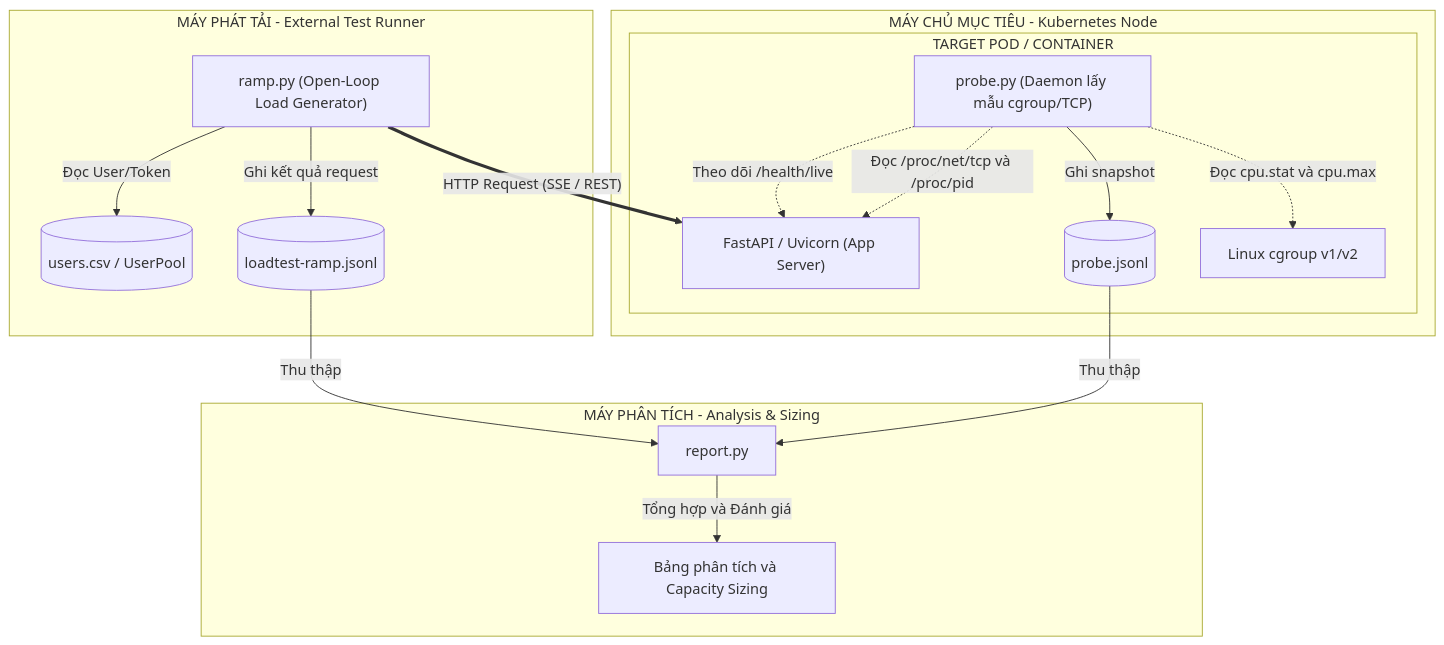
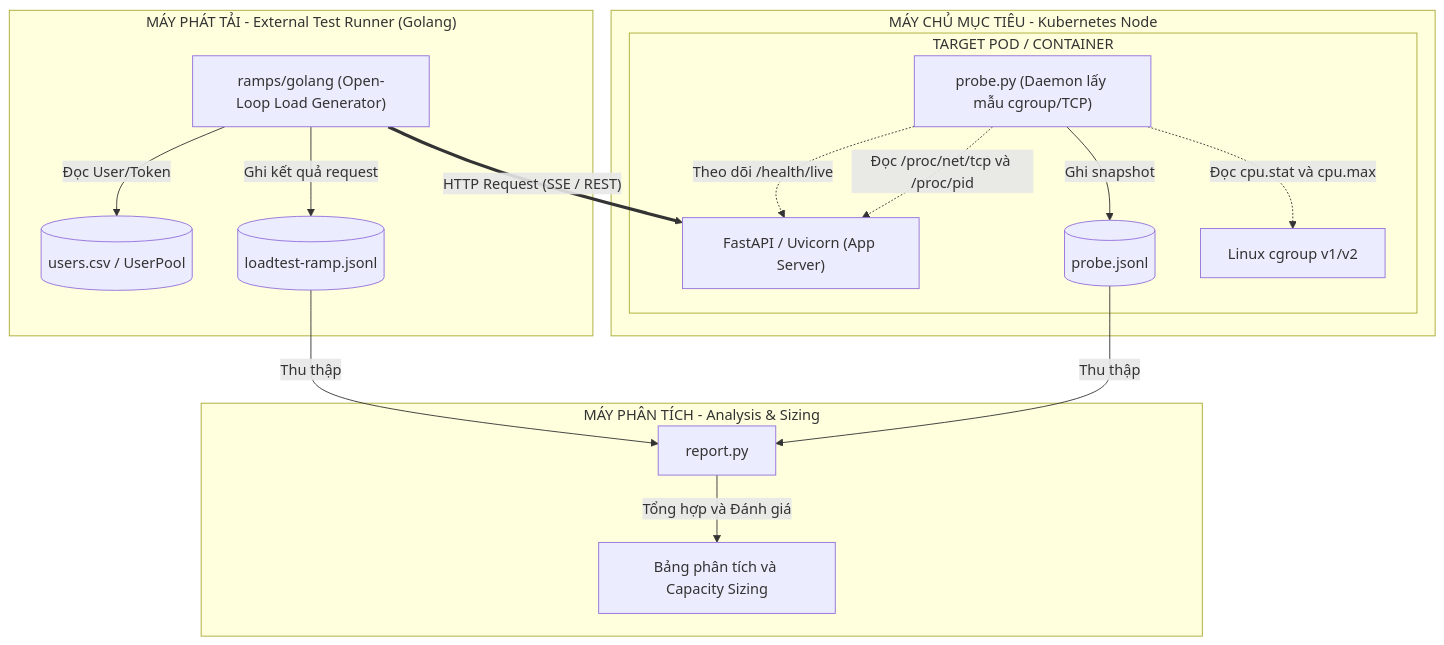
The first of 2 diagrams in README.md (duyhustvn/capsizer), drawn with Mermaid before and after one commit. The commit also changed other lines of this file and 12 other files, not shown here.

````diff
--- a/README.md
+++ b/README.md
@@ -37,33 +37,33 @@
 ```mermaid
 flowchart TD
-    subgraph GeneratorHost["MÁY PHÁT TẢI - External Test Runner"]
-        Ramp["ramp.py (Open-Loop Load Generator)"]
+    subgraph GeneratorHost["MÁY PHÁT TẢI - External Test Runner (Golang)"]
+        Ramp["ramps/golang (Open-Loop Load Generator)"]
         UserCSV[("users.csv / UserPool")]
         RampOut[("loadtest-ramp.jsonl")]
         Ramp -->|Đọc User/Token| UserCSV
         Ramp -->|Ghi kết quả request| RampOut
     end
 
     subgraph K8sNode["MÁY CHỦ MỤC TIÊU - Kubernetes Node"]
         subgraph TargetPod["TARGET POD / CONTAINER"]
             Uvicorn["FastAPI / Uvicorn (App Server)"]
             Probe["probe.py (Daemon lấy mẫu cgroup/TCP)"]
             ProbeOut[("probe.jsonl")]
             
             Probe -->|Ghi snapshot| ProbeOut
             Probe -.->|Theo dõi /health/live| Uvicorn
             Probe -.->|Đọc /proc/net/tcp và /proc/pid| Uvicorn
             Probe -.->|Đọc cpu.stat và cpu.max| CGroup["Linux cgroup v1/v2"]
         end
     end
 
     subgraph Analysis["MÁY PHÂN TÍCH - Analysis & Sizing"]
         Report["report.py"]
         ReportTable["Bảng phân tích và Capacity Sizing"]
         RampOut -->|Thu thập| Report
         ProbeOut -->|Thu thập| Report
         Report -->|Tổng hợp và Đánh giá| ReportTable
     end
 
     Ramp ==>|"HTTP Request (SSE / REST)"| Uvicorn
 ```
````
